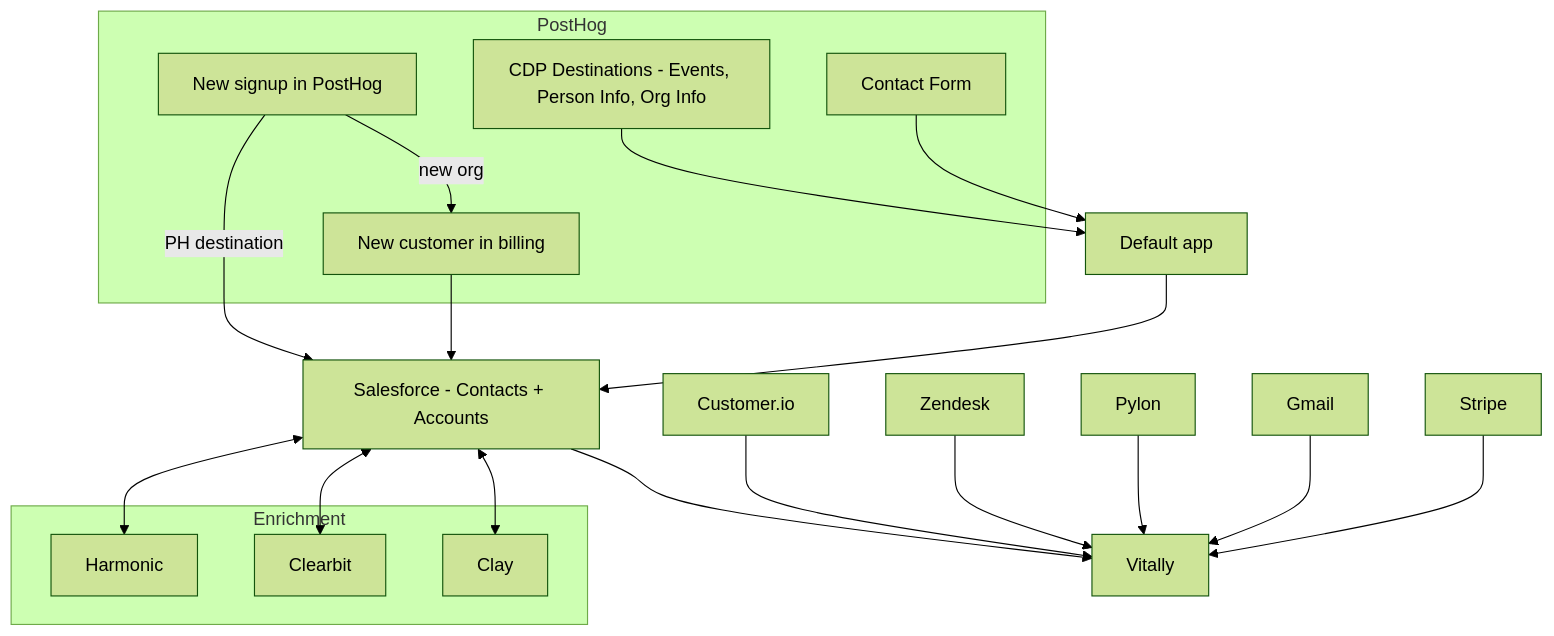
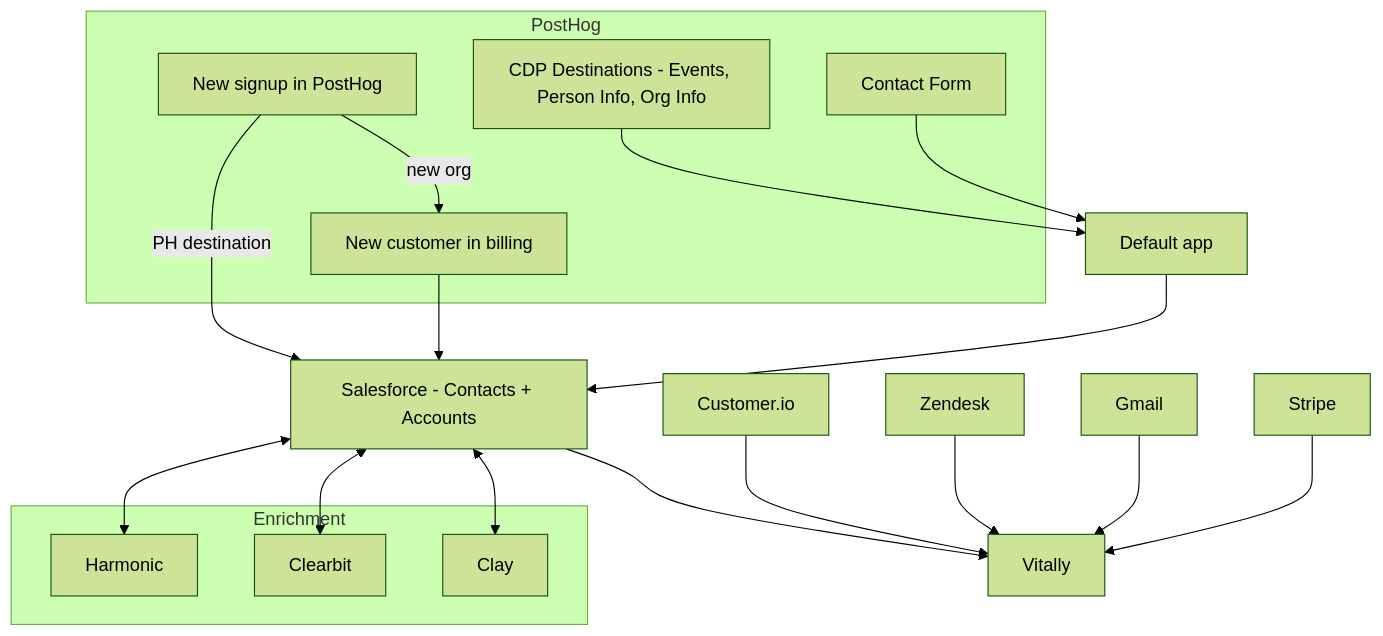
The second of 2 diagrams in contents/handbook/growth/sales/outbound-sales.md (Rohan170603/posthog.com), drawn with Mermaid (forest theme) before and after one commit. The commit also changed 12 other files, not shown here.

````diff
--- a/contents/handbook/growth/sales/outbound-sales.md
+++ b/contents/handbook/growth/sales/outbound-sales.md
@@ -293,35 +293,34 @@
 ```mermaid
 graph TD
     subgraph PostHog
         PH[New signup in PostHog]
         CDP[CDP Destinations - Events, Person Info, Org Info]
         CF[Contact Form]
         BILLING[New customer in billing]
     end
 
     subgraph Enrichment
         HARMONIC[Harmonic]
         CLEARBIT[Clearbit]
         CLAY[Clay]
     end
 
     PH -- "PH destination" --> SF
     PH -- "new org" --> BILLING
     CDP --> DEFAULT[Default app]
     CF --> DEFAULT
     DEFAULT --> SF
 
     SF[Salesforce - Contacts + Accounts]
 
     SF <--> HARMONIC
     SF <--> CLEARBIT
     SF <--> CLAY
     BILLING --> SF
 
     SF --> VITALLY[Vitally]
     CIO[Customer.io] --> VITALLY
     ZENDESK[Zendesk] --> VITALLY
-    PYLON[Pylon] --> VITALLY
     GMAIL[Gmail] --> VITALLY
     STRIPE[Stripe] --> VITALLY
 ```
````
